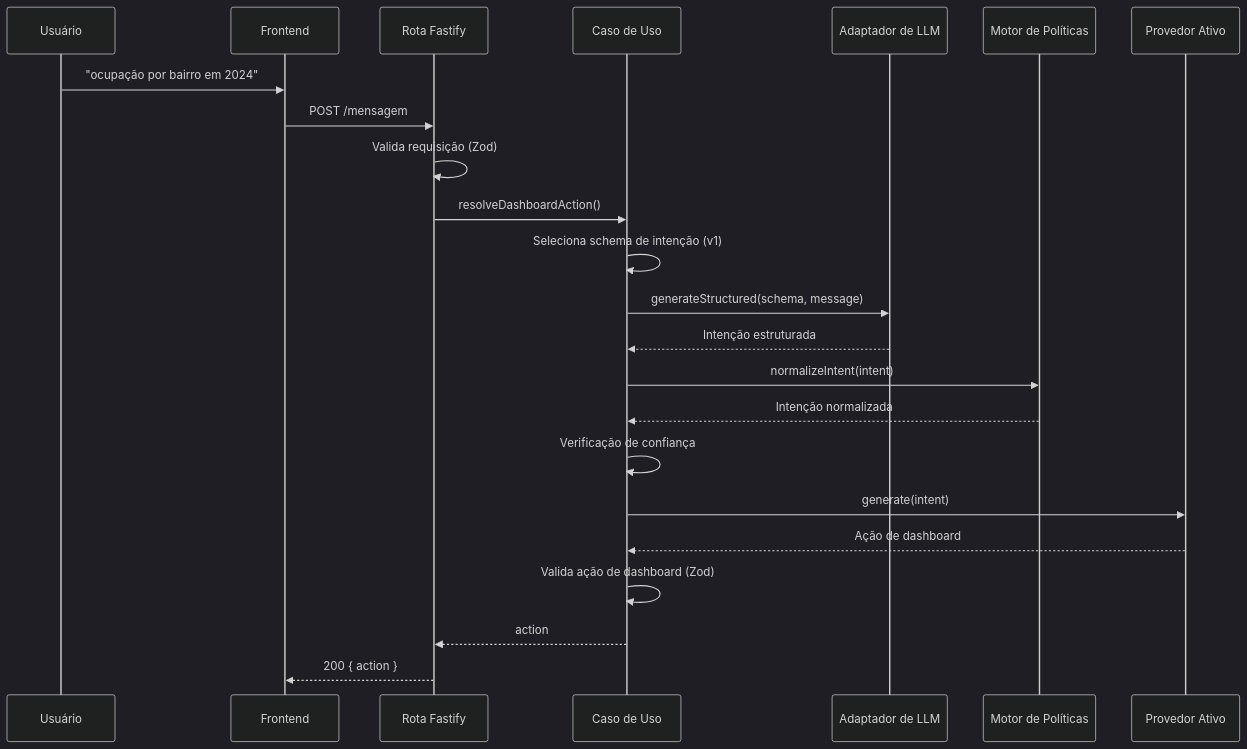
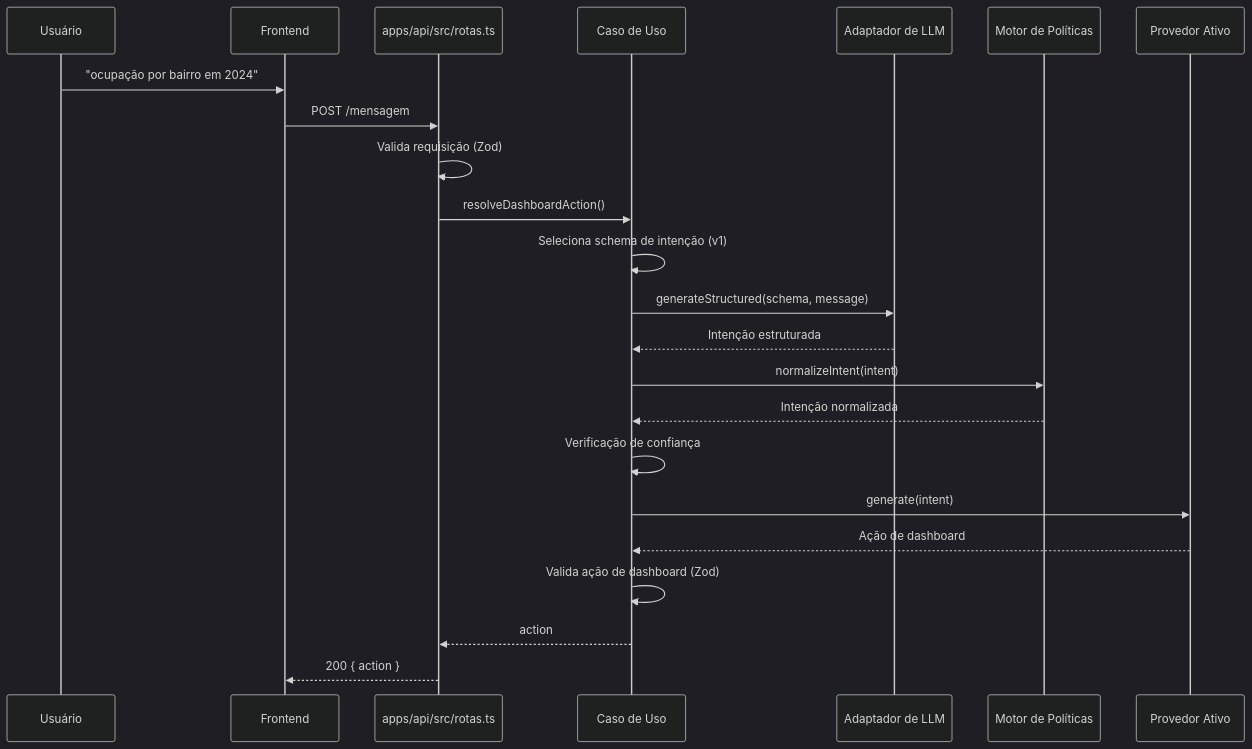
One commit to fernandesyuri33/chat-observatorio-turismo changed the second of 8 diagrams in docs/arquitetura.md. Above: the diagram before and after it, drawn with Mermaid (dark theme). The commit also changed other lines of this file and 7 other files, not shown here.

````diff
--- a/docs/arquitetura.md
+++ b/docs/arquitetura.md
@@ -32,34 +32,34 @@
 ```mermaid
 sequenceDiagram
   participant U as Usuário
     participant FE as Frontend
-  participant API as Rota Fastify
+  participant API as apps/api/src/rotas.ts
   participant UC as Caso de Uso
   participant LLM as Adaptador de LLM
   participant POL as Motor de Políticas
   participant PROV as Provedor Ativo
 
     U->>FE: "ocupação por bairro em 2024"
     FE->>API: POST /mensagem
 
     API->>API: Valida requisição (Zod)
     API->>UC: resolveDashboardAction()
 
     UC->>UC: Seleciona schema de intenção (v1)
     UC->>LLM: generateStructured(schema, message)
 
     LLM-->>UC: Intenção estruturada
 
     UC->>POL: normalizeIntent(intent)
     POL-->>UC: Intenção normalizada
 
     UC->>UC: Verificação de confiança
 
     UC->>PROV: generate(intent)
     PROV-->>UC: Ação de dashboard
 
     UC->>UC: Valida ação de dashboard (Zod)
     UC-->>API: action
 
     API-->>FE: 200 { action }
 ```
````
